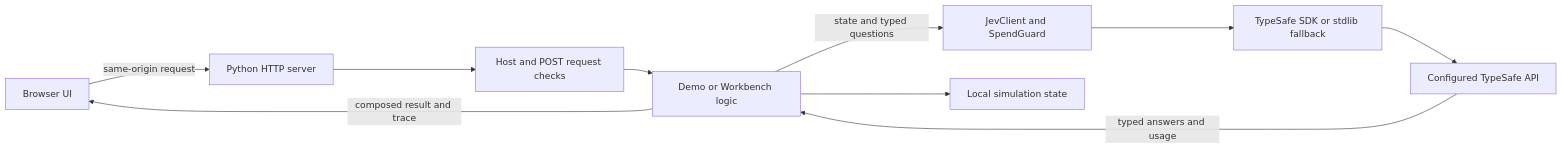
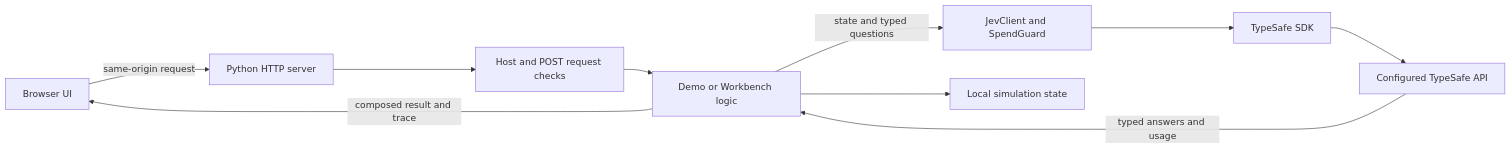
Before and after one commit to BrendanH18/jev-lab: the diagram in docs/architecture.md, drawn with Mermaid. The commit also changed other lines of this file and 15 other files, not shown here.

````diff
--- a/docs/architecture.md
+++ b/docs/architecture.md
@@ -9,12 +9,12 @@
 ```mermaid
 flowchart LR
     Browser[Browser UI] -->|same-origin request| Server[Python HTTP server]
     Server --> Checks[Host and POST request checks]
     Checks --> Logic[Demo or Workbench logic]
     Logic -->|state and typed questions| Client[JevClient and SpendGuard]
-    Client --> SDK[TypeSafe SDK or stdlib fallback]
+    Client --> SDK[TypeSafe SDK]
     SDK --> API[Configured TypeSafe API]
     API -->|typed answers and usage| Logic
     Logic -->|composed result and trace| Browser
     Logic --> World[Local simulation state]
 ```
````
